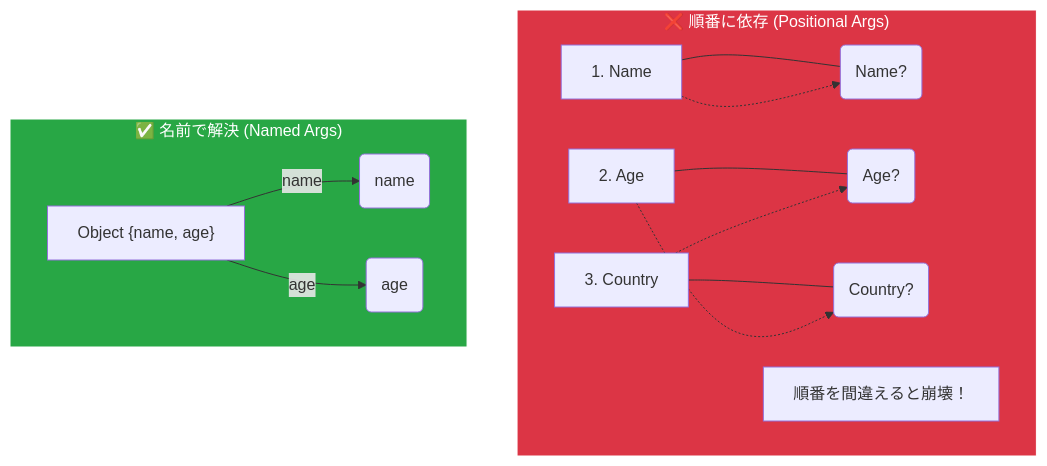
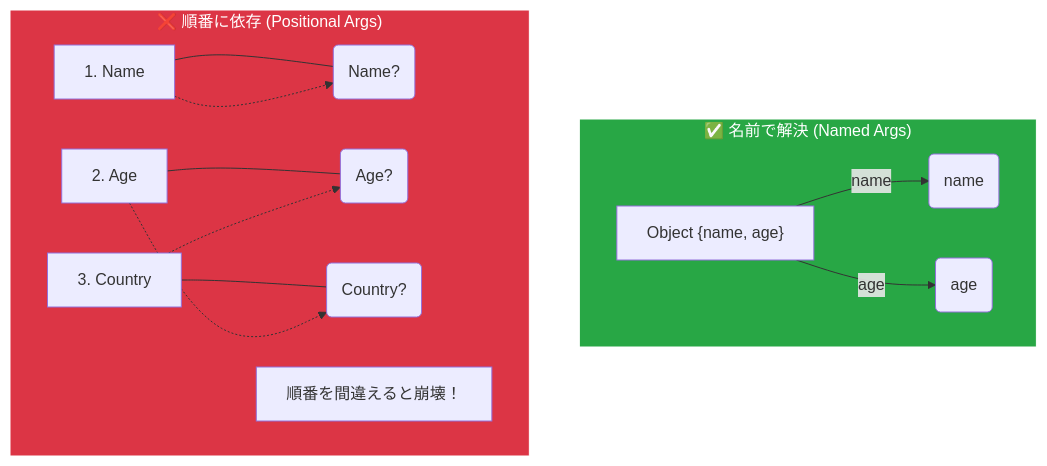
The diagram in D06.md (komiyamma/site_ichika_destruct-spread-named-rest), drawn with Mermaid before and after one commit.

Commit message:
docs(D06): Mermaid図の順序を整理

````diff
--- a/D06.md
+++ b/D06.md
@@ -27,23 +27,24 @@
 ```mermaid
 flowchart TD
+    subgraph Good["✅ 名前で解決 (Named Args)"]
+    direction LR
+    Obj["Object {name, age}"] 
+    Obj -- name --> TargetName(name)
+    Obj -- age --> TargetAge(age)
+    end
+
     subgraph Bad["❌ 順番に依存 (Positional Args)"]
     direction LR
     Arg1["1. Name"] --- Slot1("Name?")
     Arg2["2. Age"] --- Slot2("Age?")
     Arg3["3. Country"] --- Slot3("Country?")
     Arg1 -.-> Slot1
     Arg2 -.-> Slot3
     Arg3 -.-> Slot2
     Note["順番を間違えると崩壊！"]
     end
 
-    subgraph Good["✅ 名前で解決 (Named Args)"]
-    direction LR
-    Obj["Object {name, age}"] 
-    Obj -- name --> TargetName(name)
-    Obj -- age --> TargetAge(age)
-    end
-    
+
     style Bad fill:#dc3545,stroke:#fff,color:#fff
     style Good fill:#28a745,stroke:#fff,color:#fff
 ```
````
